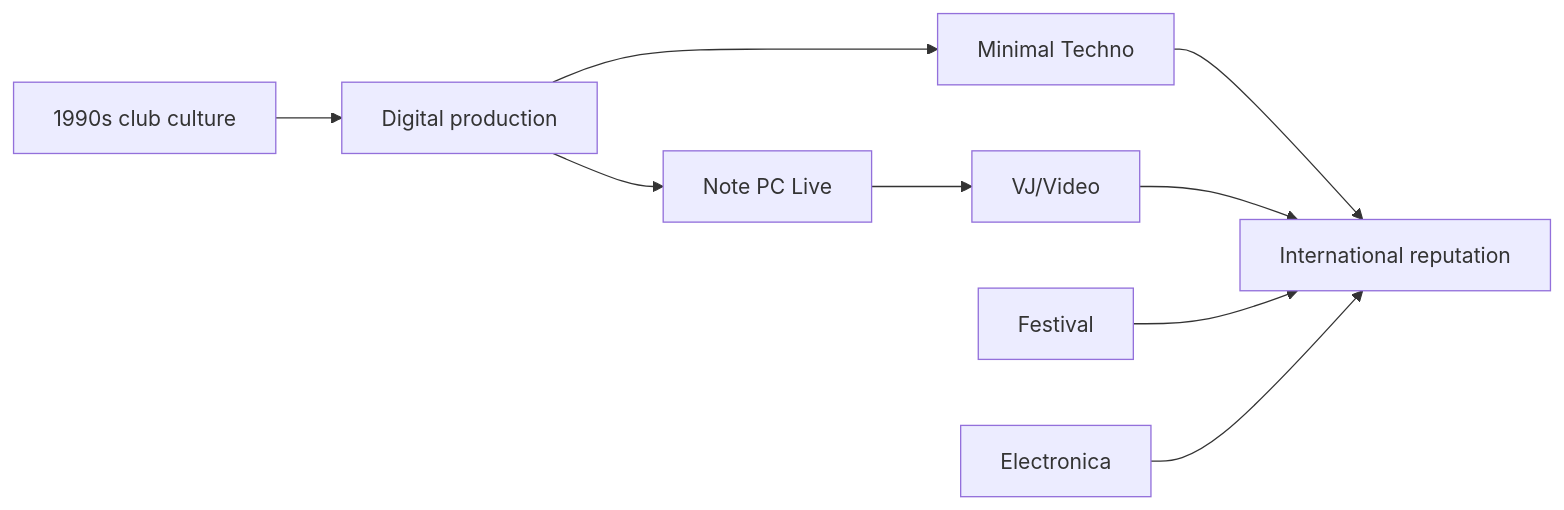
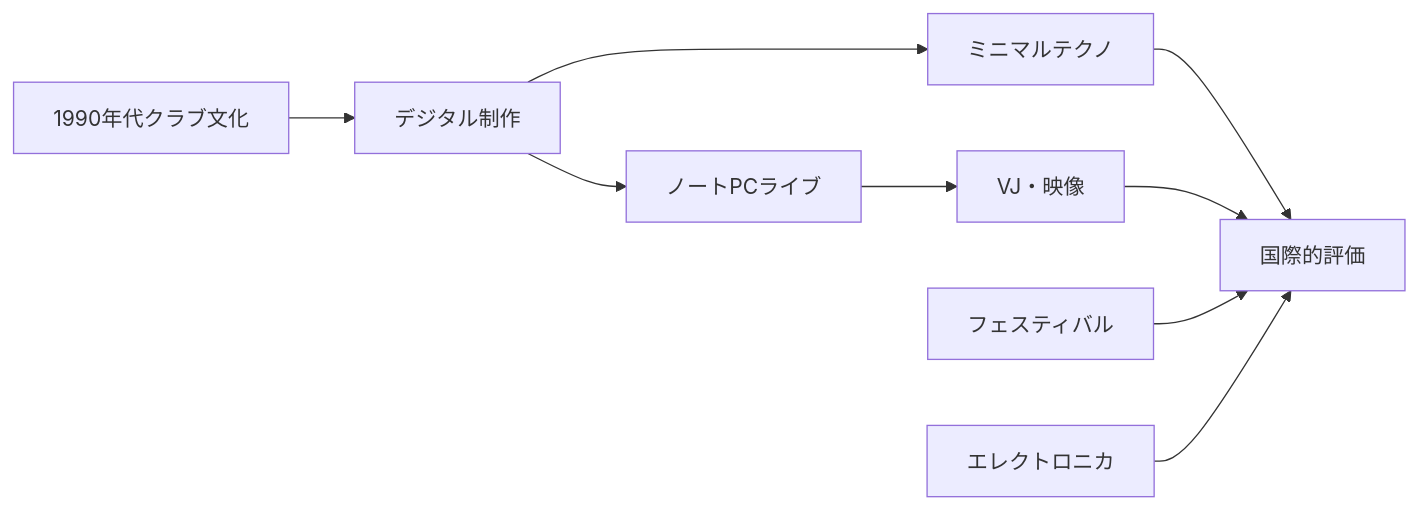
Before and after one commit to monumental-movement/monumental-movement.github.io: the third of 6 diagrams in en/_posts/2026-06-27-column-japanese-techno.md, drawn with Mermaid. The commit also changed other lines of this file and 2196 other files, not shown here.

```diff
--- a/en/_posts/2026-06-27-column-japanese-techno.md
+++ b/en/_posts/2026-06-27-column-japanese-techno.md
@@ -428,22 +427,22 @@
 <div class="mermaid">
 flowchart LR
 
-A["1990s club culture"]
-B["Digital production"]
-C["Minimal Techno"]
-D["Note PC Live"]
-E["VJ/Video"]
-F["Festival"]
-G["Electronica"]
-H["International reputation"]
+A["1990年代クラブ文化"]
+B["デジタル制作"]
+C["ミニマルテクノ"]
+D["ノートPCライブ"]
+E["VJ・映像"]
+F["フェスティバル"]
+G["エレクトロニカ"]
+H["国際的評価"]
 
 A --> B
 B --> C
 B --> D
 D --> E
 C --> H
 E --> H
 F --> H
 G --> H
 
 </div>
```
